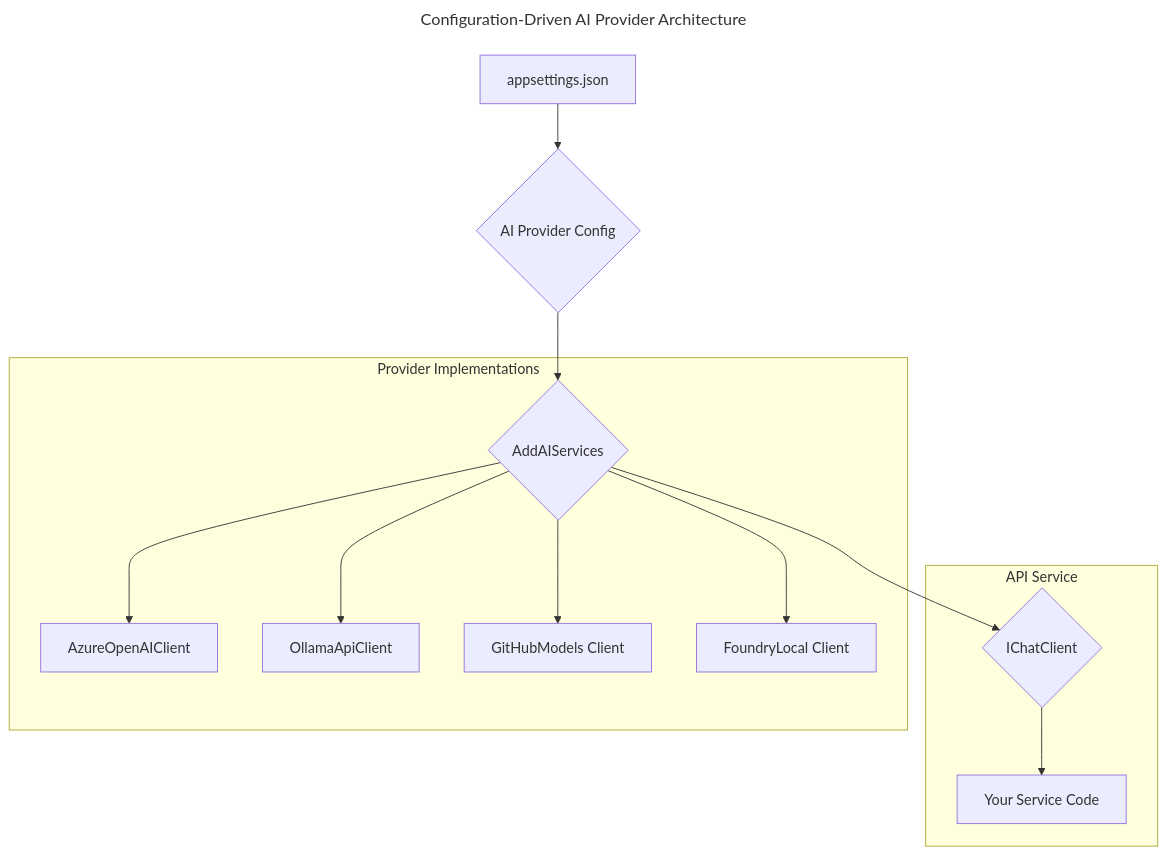
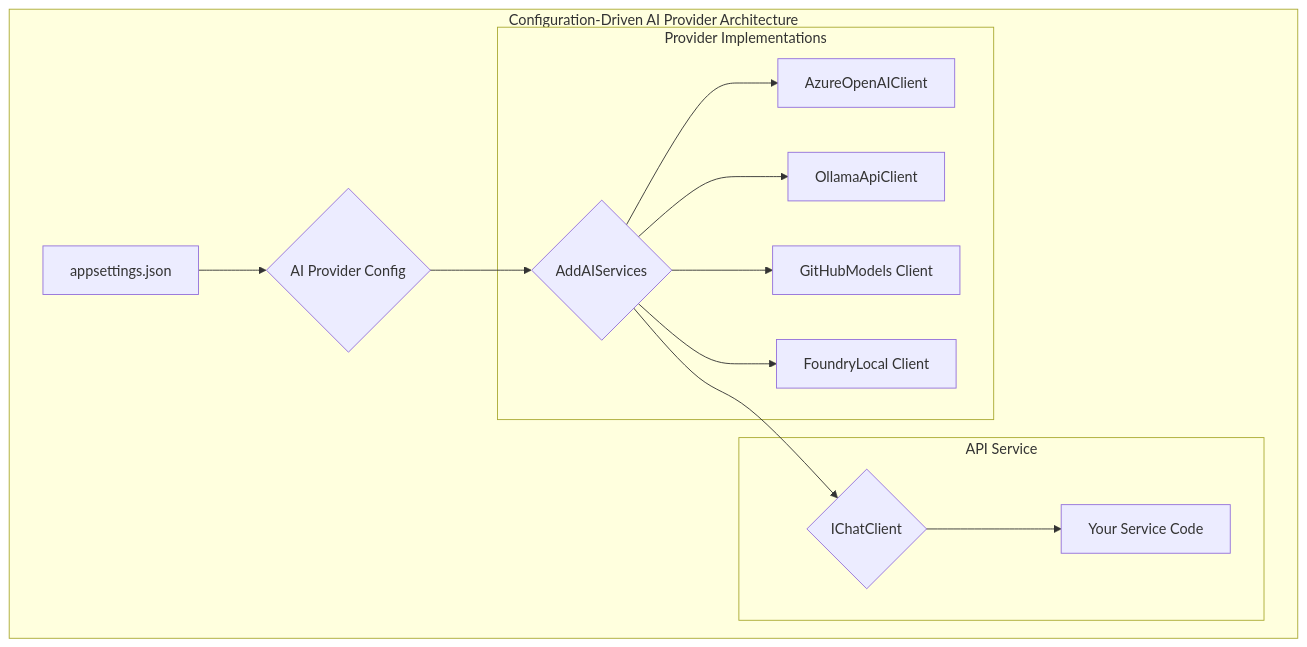
The diagram in content/posts/2025-07-06-building-a-flexible-ai-provider-strategy-in-net-aspire.md (codebytes/codebytes.github.io), drawn with Mermaid before and after one commit. The commit also changed other lines of this file and 25 other files, not shown here.

````diff
--- a/content/posts/2025-07-06-building-a-flexible-ai-provider-strategy-in-net-aspire.md
+++ b/content/posts/2025-07-06-building-a-flexible-ai-provider-strategy-in-net-aspire.md
@@ -160,18 +159,18 @@
-```mermaid
----
-title: Configuration-Driven AI Provider Architecture
----
+{{< mermaid >}}
+%%{init: {'theme': 'default'}}%%
 graph TD
+    subgraph title[Configuration-Driven AI Provider Architecture]
     A[appsettings.json] --> B{AI Provider Config};
     B --> C{AddAIServices};
     C --> D{IChatClient};
     subgraph API Service
         D --> E[Your Service Code];
     end
     subgraph Provider Implementations
         C --> F[AzureOpenAIClient];
         C --> G[OllamaApiClient];
         C --> H[GitHubModels Client];
         C --> I[FoundryLocal Client];
     end
-```
+    end
+{{< /mermaid >}}
````
